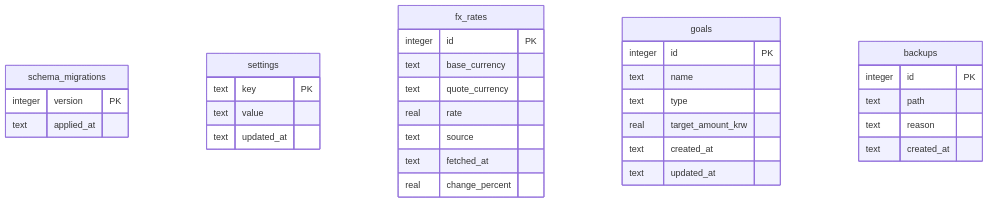
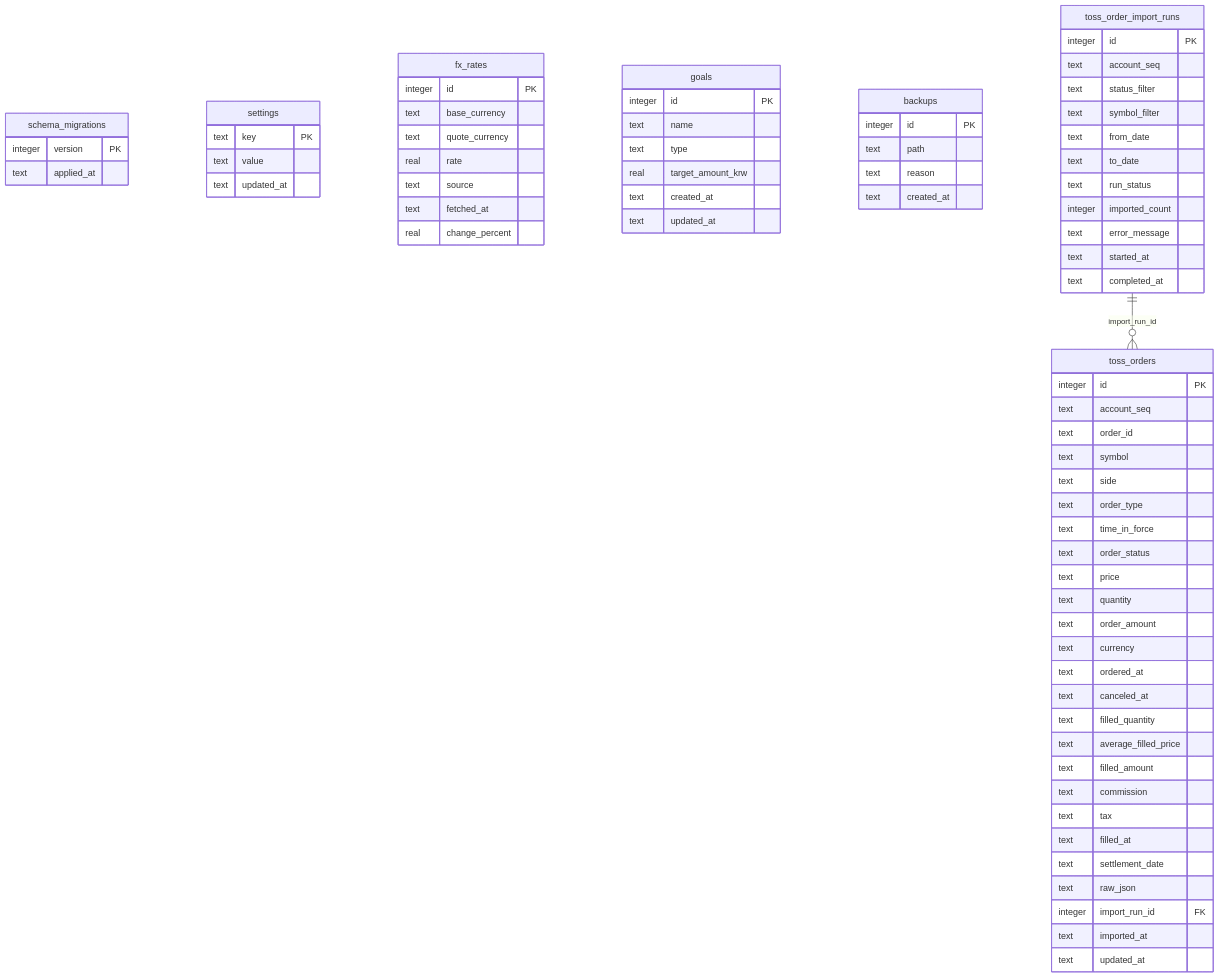
The diagram in docs/db_erd.md (OhSuBin13/portfolio), drawn with Mermaid before and after one commit. The commit also changed other lines of this file, not shown here.

Commit message:
docs: refresh toss order history ERD

````diff
--- a/docs/db_erd.md
+++ b/docs/db_erd.md
@@ -6,35 +6,76 @@
 ```mermaid
 erDiagram
     schema_migrations {
       integer version PK
       text applied_at
     }
     settings {
       text key PK
       text value
       text updated_at
     }
     fx_rates {
       integer id PK
       text base_currency
       text quote_currency
       real rate
       text source
       text fetched_at
       real change_percent
     }
     goals {
       integer id PK
       text name
       text type
       real target_amount_krw
       text created_at
       text updated_at
     }
     backups {
       integer id PK
       text path
       text reason
       text created_at
     }
+    toss_order_import_runs {
+      integer id PK
+      text account_seq
+      text status_filter
+      text symbol_filter
+      text from_date
+      text to_date
+      text run_status
+      integer imported_count
+      text error_message
+      text started_at
+      text completed_at
+    }
+    toss_orders {
+      integer id PK
+      text account_seq
+      text order_id
+      text symbol
+      text side
+      text order_type
+      text time_in_force
+      text order_status
+      text price
+      text quantity
+      text order_amount
+      text currency
+      text ordered_at
+      text canceled_at
+      text filled_quantity
+      text average_filled_price
+      text filled_amount
+      text commission
+      text tax
+      text filled_at
+      text settlement_date
+      text raw_json
+      integer import_run_id FK
+      text imported_at
+      text updated_at
+    }
+    toss_order_import_runs ||--o{ toss_orders : import_run_id
 ```
````
